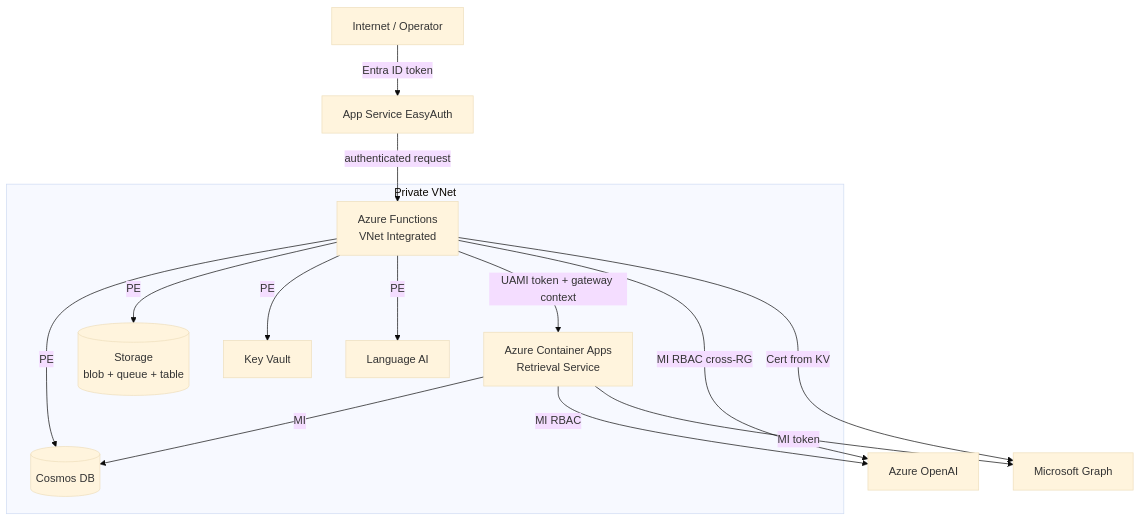
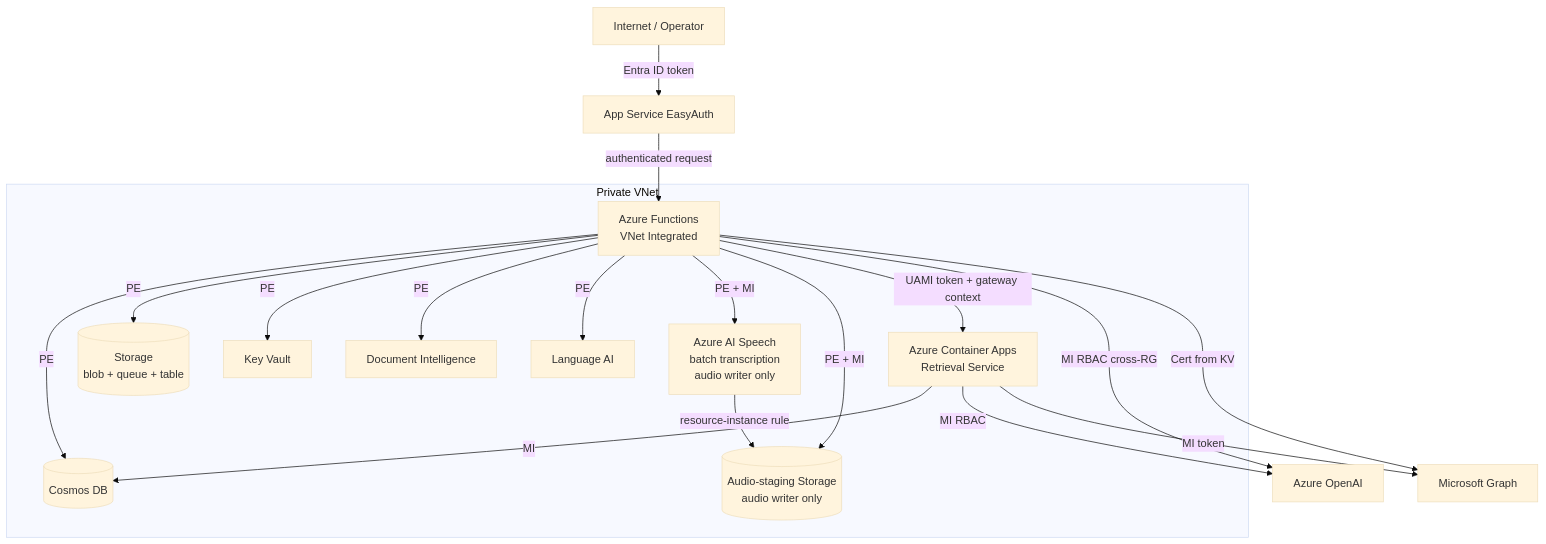
One commit to HariVamsiChittari1/enterprise-rag-pipeline changed diagram 13 of 13 in docs/ARCHITECTURE.md. Above: the diagram before and after it, drawn with Mermaid (base theme). The commit also changed other lines of this file, not shown here.

First line of the commit message:
docs(architecture): align delta-sync and network-security diagrams with code

````diff
--- a/docs/ARCHITECTURE.md
+++ b/docs/ARCHITECTURE.md
@@ -810,19 +811,23 @@
 ```mermaid
 flowchart TB
     Internet[Internet / Operator] -->|Entra ID token| EasyAuth[App Service EasyAuth]
     EasyAuth -->|authenticated request| FuncApp[Azure Functions<br/>VNet Integrated]
 
     subgraph Private VNet
         FuncApp -->|PE| Cosmos[(Cosmos DB)]
         FuncApp -->|PE| Storage[(Storage<br/>blob + queue + table)]
         FuncApp -->|PE| KV[Key Vault]
+        FuncApp -->|PE| DI[Document Intelligence]
         FuncApp -->|PE| Lang[Language AI]
+        FuncApp -->|PE + MI| Speech[Azure AI Speech<br/>batch transcription<br/>audio writer only]
+        FuncApp -->|PE + MI| AudioStg[(Audio-staging Storage<br/>audio writer only)]
+        Speech -->|resource-instance rule| AudioStg
         FuncApp -->|UAMI token + gateway context| ACA[Azure Container Apps<br/>Retrieval Service]
         ACA -->|MI| Cosmos
     end
 
     FuncApp -->|MI RBAC cross-RG| OpenAI[Azure OpenAI]
     FuncApp -->|Cert from KV| Graph[Microsoft Graph]
     ACA -->|MI RBAC| OpenAI
     ACA -->|MI token| Graph
 ```
````
